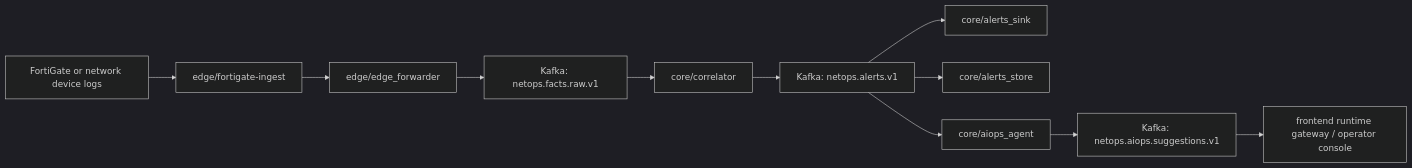
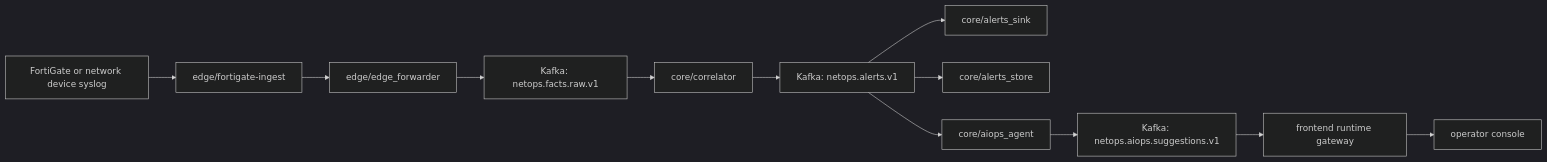
The first of 2 diagrams in README.md (Epochex/Netops-Hybird-AIOps-Platform), drawn with Mermaid (dark theme) before and after one commit. The commit also changed other lines of this file and 10 other files, not shown here.

````diff
--- a/README.md
+++ b/README.md
@@ -24,13 +15,14 @@
 ```mermaid
 flowchart LR
-  A[FortiGate or network device logs] --> B[edge/fortigate-ingest]
+  A[FortiGate or network device syslog] --> B[edge/fortigate-ingest]
   B --> C[edge/edge_forwarder]
   C --> D[Kafka: netops.facts.raw.v1]
   D --> E[core/correlator]
   E --> F[Kafka: netops.alerts.v1]
   F --> G[core/alerts_sink]
   F --> H[core/alerts_store]
   F --> I[core/aiops_agent]
   I --> J[Kafka: netops.aiops.suggestions.v1]
-  J --> K[frontend runtime gateway / operator console]
+  J --> K[frontend runtime gateway]
+  K --> L[operator console]
 ```
````
